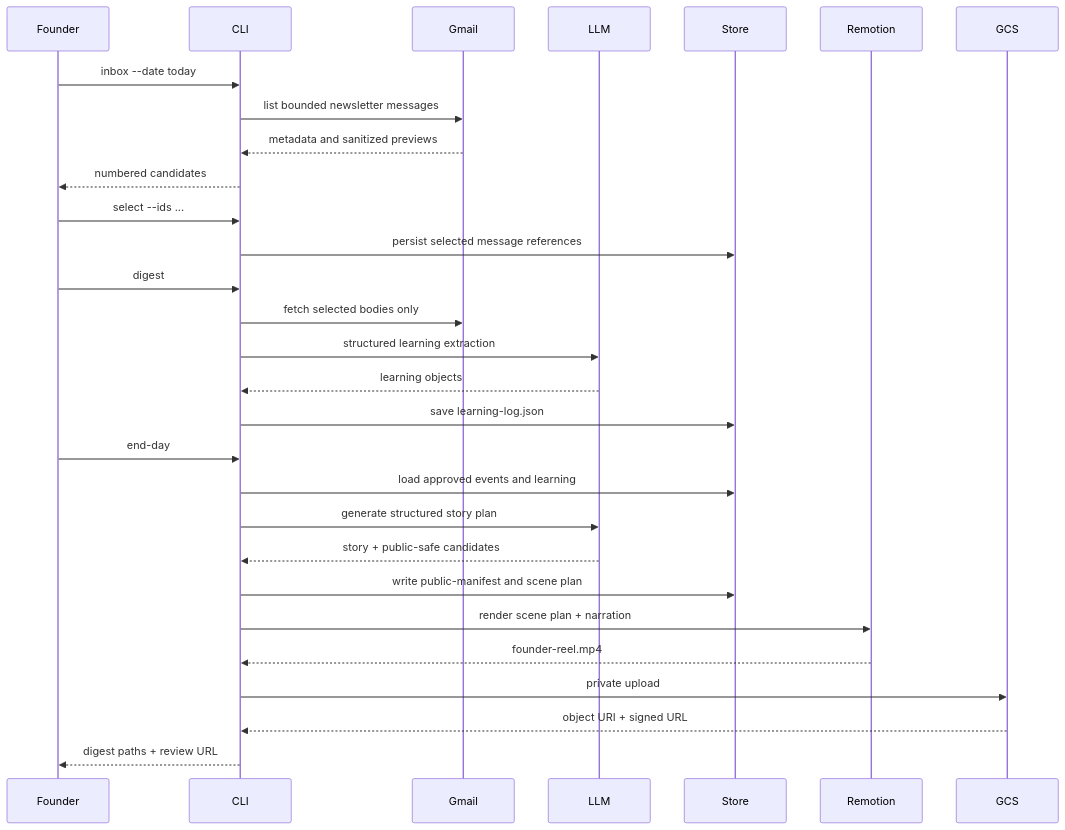
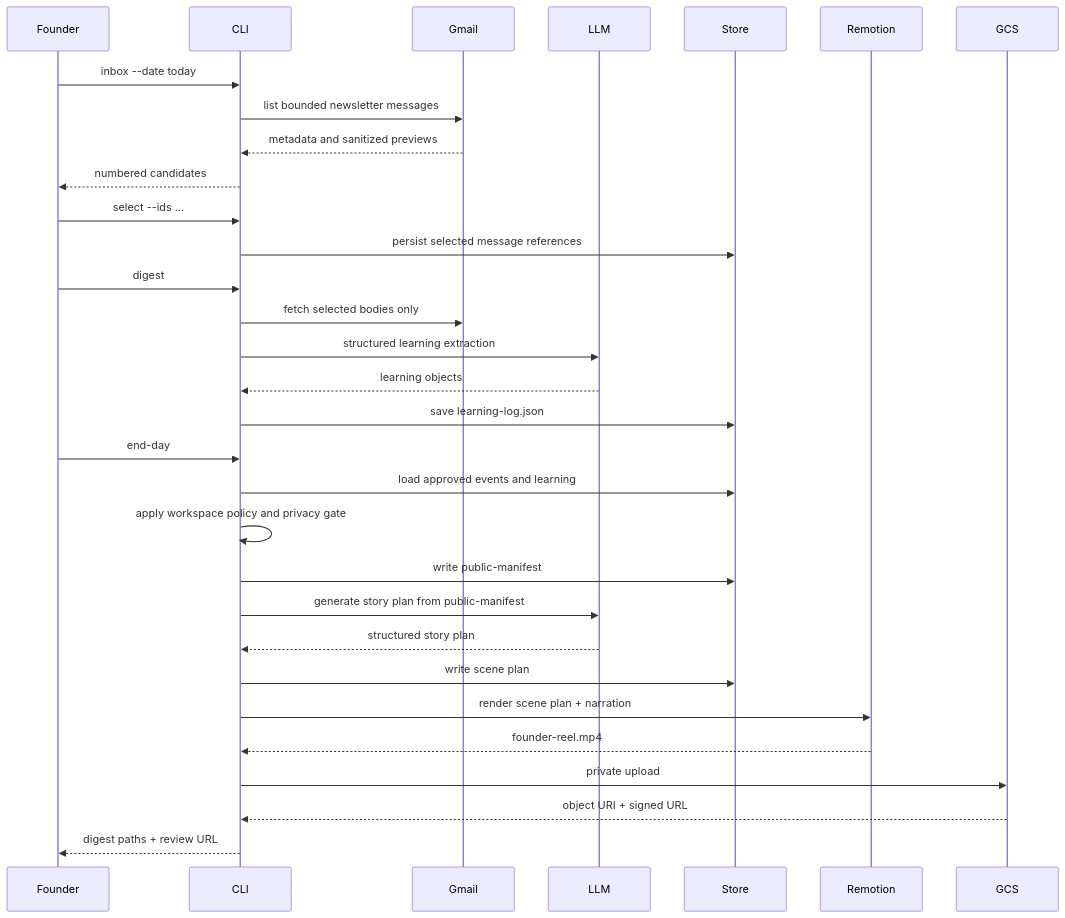
Before and after one commit to erickch123/founder-build-in-public: the second of 3 diagrams in docs/ARCHITECTURE.md, drawn with Mermaid. The commit also changed other lines of this file and 32 other files, not shown here.

````diff
--- a/docs/ARCHITECTURE.md
+++ b/docs/ARCHITECTURE.md
@@ -258,35 +259,37 @@
 ```mermaid
 sequenceDiagram
     participant Founder
     participant CLI
     participant Gmail
     participant LLM
     participant Store
     participant Remotion
     participant GCS
 
     Founder->>CLI: inbox --date today
     CLI->>Gmail: list bounded newsletter messages
     Gmail-->>CLI: metadata and sanitized previews
     CLI-->>Founder: numbered candidates
 
     Founder->>CLI: select --ids ...
     CLI->>Store: persist selected message references
 
     Founder->>CLI: digest
     CLI->>Gmail: fetch selected bodies only
     CLI->>LLM: structured learning extraction
     LLM-->>CLI: learning objects
     CLI->>Store: save learning-log.json
 
     Founder->>CLI: end-day
     CLI->>Store: load approved events and learning
-    CLI->>LLM: generate structured story plan
-    LLM-->>CLI: story + public-safe candidates
-    CLI->>Store: write public-manifest and scene plan
+    CLI->>CLI: apply workspace policy and privacy gate
+    CLI->>Store: write public-manifest
+    CLI->>LLM: generate story plan from public-manifest
+    LLM-->>CLI: structured story plan
+    CLI->>Store: write scene plan
     CLI->>Remotion: render scene plan + narration
     Remotion-->>CLI: founder-reel.mp4
     CLI->>GCS: private upload
     GCS-->>CLI: object URI + signed URL
     CLI-->>Founder: digest paths + review URL
 ```
````
